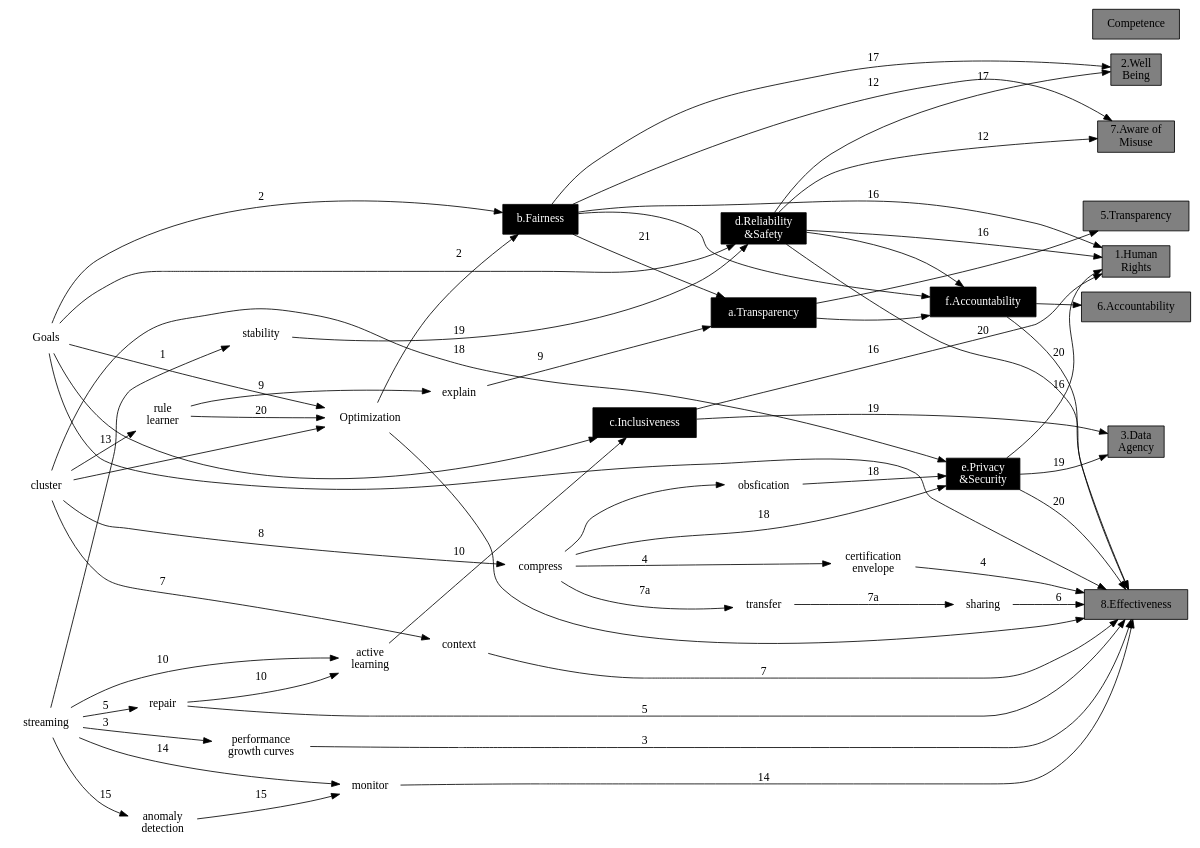
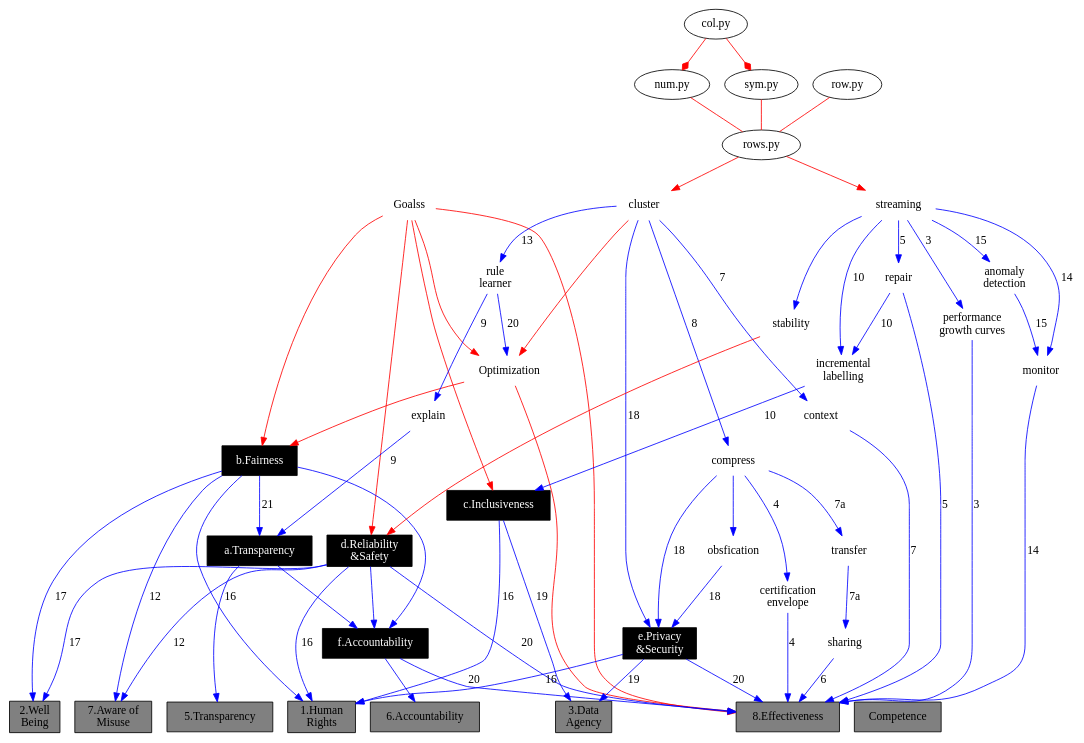
Before and after one commit to se4ai/code: the diagram in img/require.dot, drawn with Graphviz. The commit also changed 1 other file, not shown here.

```diff
--- a/img/require.dot
+++ b/img/require.dot
@@ -1,5 +1,5 @@
 digraph {
- rankdir=LR
+ #rankdir=LR
 {rank=same; trans1; count1; effect; rite; data; nomiuse;well}
 
 /*
@@ -46,7 +46,8 @@
 Three core concepts in that design are goals, clustering and streaming.
 
 */
-goals  [label="Goals", shape=none]
+edge [color=red]
+goals  [label="Goalss", shape=none]
 /*
 
 #### Goals 
@@ -107,7 +108,7 @@
 
 */
    opt  [label=Optimization shape=none]
-   goals -> opt [label=1]
+   goals -> opt 
 
 /*  
 
@@ -181,7 +182,7 @@
 */
 
    fair [label="b.Fairness" shape=box style=filled fontcolor=white fillcolor=black]
-   {goals;opt;} -> fair [label=2]
+   {goals;opt;} -> fair 
 
 /*
 
@@ -229,7 +230,7 @@
 
 
    stable  [label="stability",shape=none]
-   stable -> safe [label=19]
+   stable -> safe 
 
 /*
 
@@ -288,6 +289,13 @@
 
 */
 
+"col.py" -> {"num.py";"sym.py"} [arrowhead="diamond"]
+
+
+{"num.py";"sym.py"; "row.py"} -> "rows.py" [arrowhead="none"]
+"rows.py" -> {stream;cluster}
+edge [color=blue]
+
 
 stream -> stable
 {rank=same; cluster; goals; stream;}
@@ -295,7 +303,7 @@
 fair -> trans [label=21]
 {safe;priv; count;} -> comp [label=20]
 {inc; priv; } -> data [label=19]
-alearn [label="active\nlearning" shape=none]
+alearn [label="incremental\nlabelling" shape=none]
 stream  [label=streaming shape=none]
 growth  [label="performance\ngrowth curves" shape=none]
 compress  [label="compress" shape=none]
```
